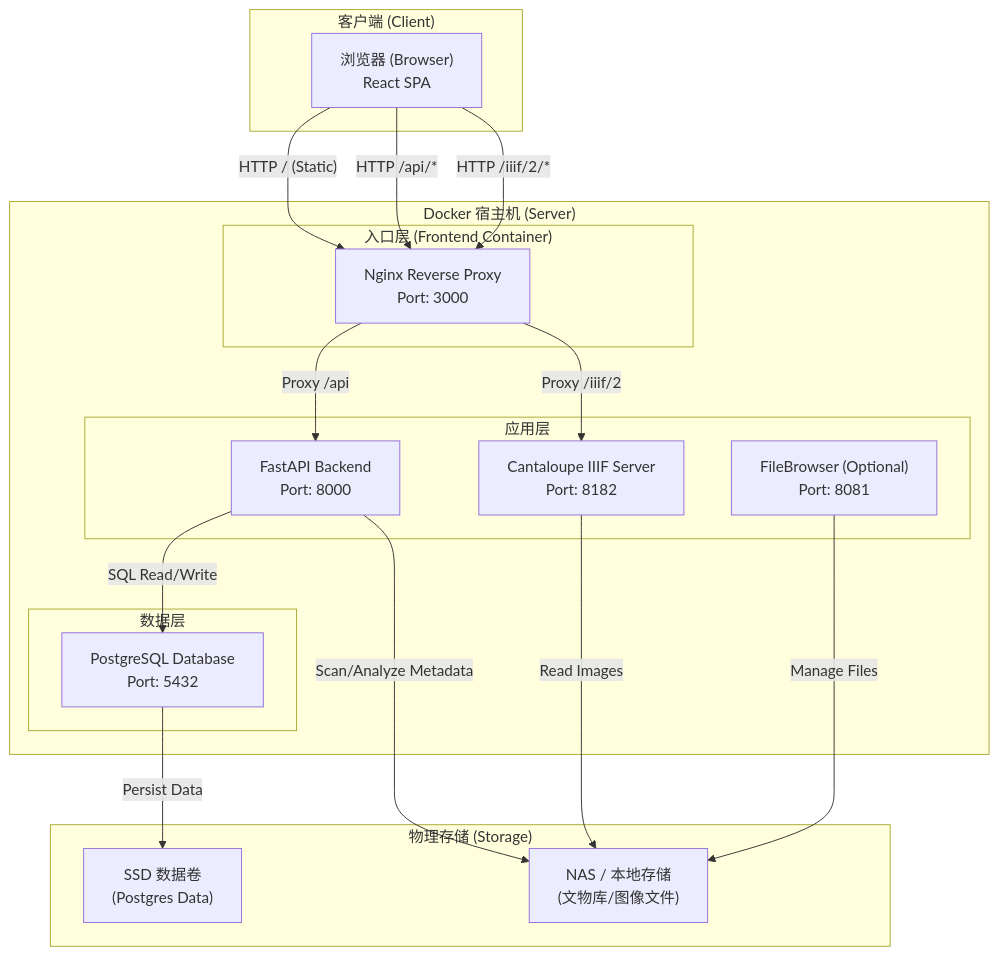
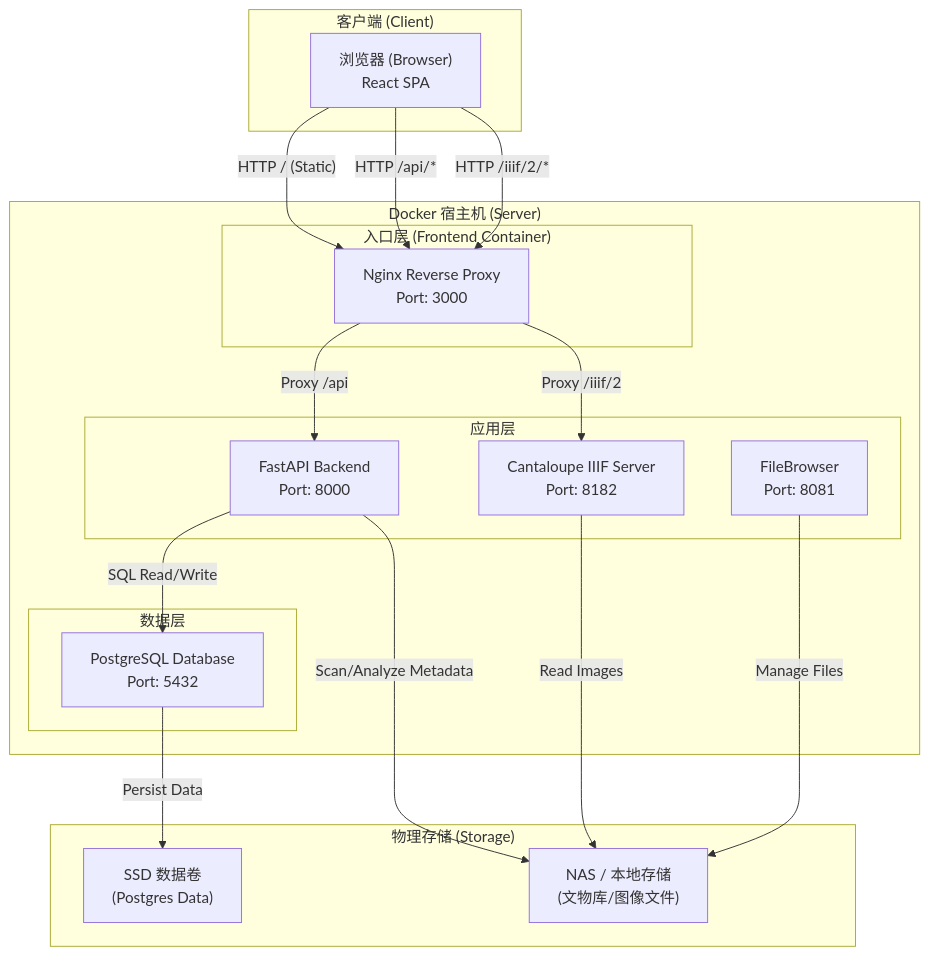
The first of 2 diagrams in docs/ARCHITECTURE.md (bigheadhenry/mdams-prototype), drawn with Mermaid before and after one commit. The commit also changed other lines of this file and 5 other files, not shown here.

````diff
--- a/docs/ARCHITECTURE.md
+++ b/docs/ARCHITECTURE.md
@@ -7,44 +7,44 @@
 ```mermaid
 graph TB
     subgraph Client_Side ["客户端 (Client)"]
         Browser["浏览器 (Browser)<br/>React SPA"]
     end
 
     subgraph Docker_Host ["Docker 宿主机 (Server)"]
         subgraph Entry_Point ["入口层 (Frontend Container)"]
             Nginx["Nginx Reverse Proxy<br/>Port: 3000"]
         end
 
         subgraph Application_Layer ["应用层"]
             Backend["FastAPI Backend<br/>Port: 8000"]
             Cantaloupe["Cantaloupe IIIF Server<br/>Port: 8182"]
-            FileBrowser["FileBrowser (Optional)<br/>Port: 8081"]
+            FileBrowser["FileBrowser<br/>Port: 8081"]
         end
 
         subgraph Data_Layer ["数据层"]
             Postgres["PostgreSQL Database<br/>Port: 5432"]
         end
     end
 
     subgraph Storage_Layer ["物理存储 (Storage)"]
         NAS_Images["NAS / 本地存储<br/>(文物库/图像文件)"]
         DB_Volume["SSD 数据卷<br/>(Postgres Data)"]
     end
 
     %% Data Flow Connections
     Browser -- "HTTP / (Static)" --> Nginx
     Browser -- "HTTP /api/*" --> Nginx
     Browser -- "HTTP /iiif/2/*" --> Nginx
 
     Nginx -- "Proxy /api" --> Backend
     Nginx -- "Proxy /iiif/2" --> Cantaloupe
 
     Backend -- "SQL Read/Write" --> Postgres
     Backend -- "Scan/Analyze Metadata" --> NAS_Images
     
     Cantaloupe -- "Read Images" --> NAS_Images
     
     FileBrowser -- "Manage Files" --> NAS_Images
 
     Postgres -- "Persist Data" --> DB_Volume
 ```
````
